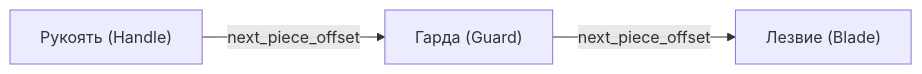
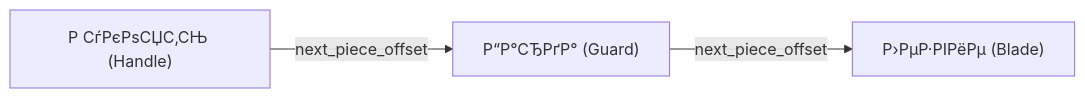
Before and after one commit to Havi-Dorgeir/DWDN_Module: the fifth of 5 diagrams in AI_MODDING_GUIDE.md, drawn with Mermaid. The commit also changed other lines of this file and 49 other files, not shown here.

````diff
--- a/AI_MODDING_GUIDE.md
+++ b/AI_MODDING_GUIDE.md
@@ -335,5 +335,5 @@
 ```mermaid
 flowchart LR
-    Handle["Рукоять (Handle)"] -- "next_piece_offset" --> Guard["Гарда (Guard)"]
-    Guard -- "next_piece_offset" --> Blade["Лезвие (Blade)"]
+    Handle["Р СѓРєРѕСЏС‚СЊ (Handle)"] -- "next_piece_offset" --> Guard["Р“Р°СЂРґР° (Guard)"]
+    Guard -- "next_piece_offset" --> Blade["Р›РµР·РІРёРµ (Blade)"]
 ```
````
